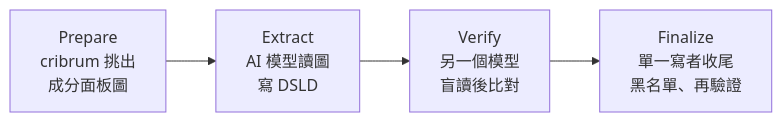
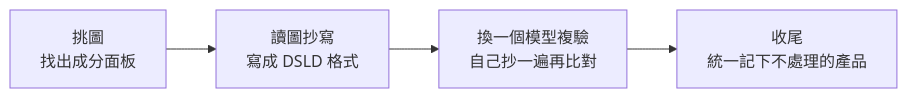
The second of 2 diagrams in projects/alchemymind/factum.md (mapleelpam/LuminNexus-LearningMap), drawn with Mermaid before and after one commit. The commit also changed other lines of this file and 18 other files, not shown here.

````diff
--- a/projects/alchemymind/factum.md
+++ b/projects/alchemymind/factum.md
@@ -112,6 +115,6 @@
 ```mermaid
 graph LR
-    P[Prepare<br/>cribrum 挑出<br/>成分面板圖] --> E[Extract<br/>AI 模型讀圖<br/>寫 DSLD]
-    E --> V[Verify<br/>另一個模型<br/>盲讀後比對]
-    V --> F[Finalize<br/>單一寫者收尾<br/>黑名單、再驗證]
+    P[挑圖<br/>找出成分面板] --> E[讀圖抄寫<br/>寫成 DSLD 格式]
+    E --> V[換一個模型複驗<br/>自己抄一遍再比對]
+    V --> F[收尾<br/>統一記下不處理的產品]
 ```
````
